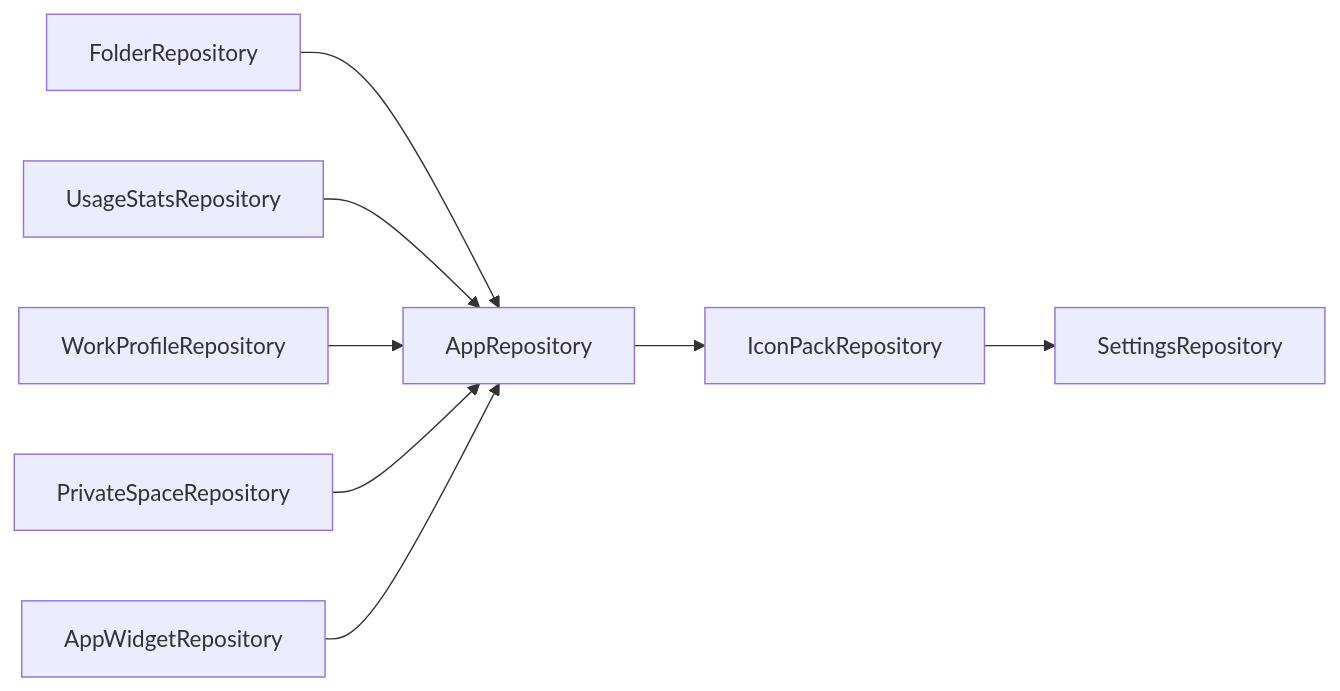
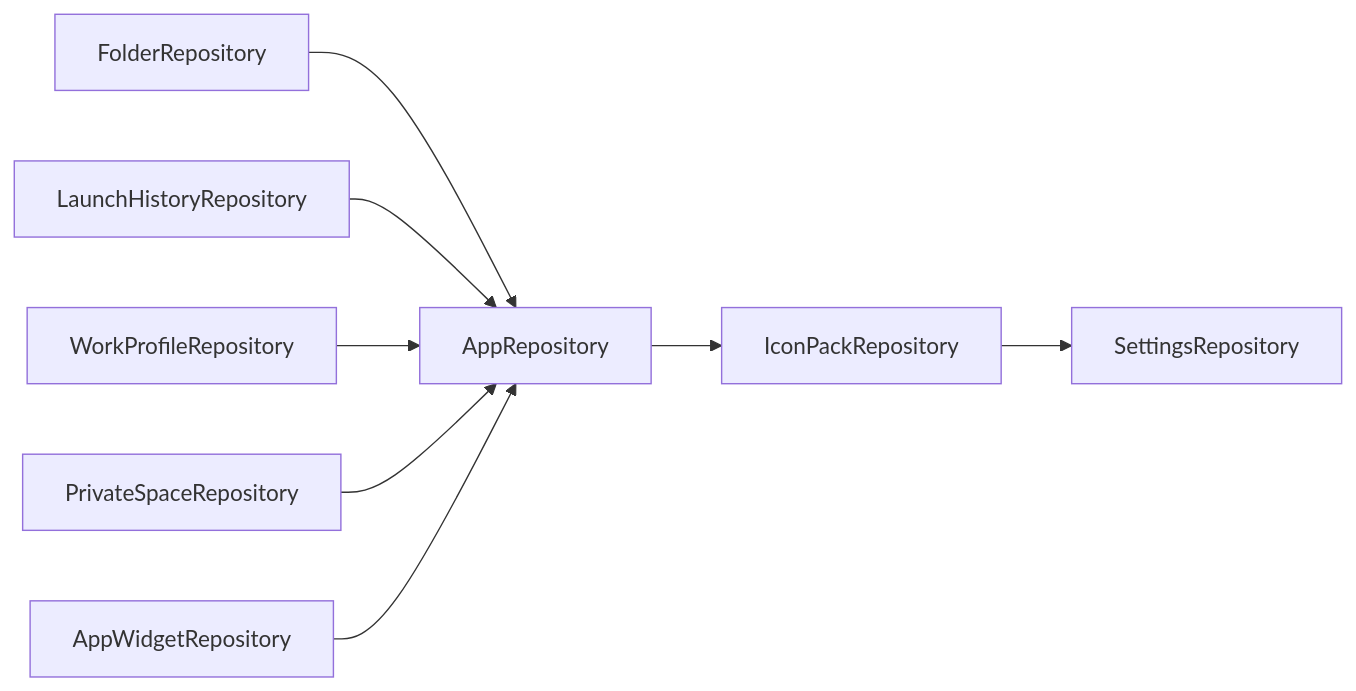
Before and after one commit to rohitganjam/facet-launcher: the diagram in docs/architecture/07-registries.md, drawn with Mermaid. The commit also changed other lines of this file and 108 other files, not shown here.

````diff
--- a/docs/architecture/07-registries.md
+++ b/docs/architecture/07-registries.md
@@ -83,11 +82,11 @@
 ```mermaid
 flowchart LR
     AR[AppRepository]
     FOR[FolderRepository] --> AR
-    USR[UsageStatsRepository] --> AR
+    LHR[LaunchHistoryRepository] --> AR
     WPR[WorkProfileRepository] --> AR
     PSR[PrivateSpaceRepository] --> AR
     AWR[AppWidgetRepository] --> AR
     AR --> IPR[IconPackRepository]
     IPR --> SR[SettingsRepository]
 ```
````
